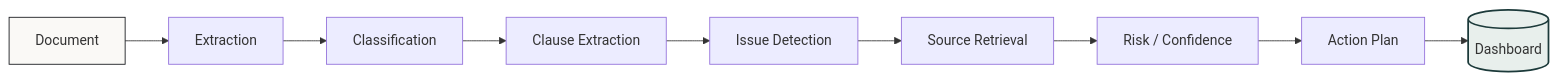
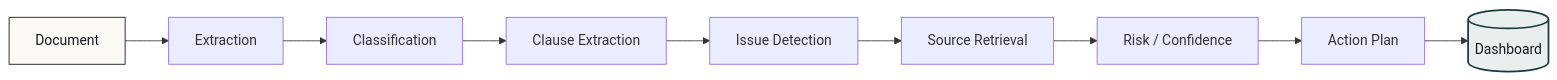
Before and after one commit to KodeMeister-YT/CivicShield: the second of 12 diagrams in README.md, drawn with Mermaid. The commit also changed other lines of this file, not shown here.

Commit message:
fix: readable diagram text on dark theme (explicit node text color)

````diff
--- a/README.md
+++ b/README.md
@@ -37,9 +37,9 @@
 ```mermaid
 flowchart LR
     D[Document] --> EX[Extraction] --> CL[Classification] --> CE[Clause Extraction]
     CE --> ID[Issue Detection] --> SR[Source Retrieval] --> RC[Risk / Confidence]
     RC --> AP[Action Plan] --> DB[(Dashboard)]
 
-    style D fill:#faf9f6,stroke:#16181d
-    style DB fill:#e8efec,stroke:#1c3a3a,stroke-width:2px
+    style D fill:#faf9f6,stroke:#16181d,color:#16181d
+    style DB fill:#e8efec,stroke:#1c3a3a,stroke-width:2px,color:#16181d
 ```
````
